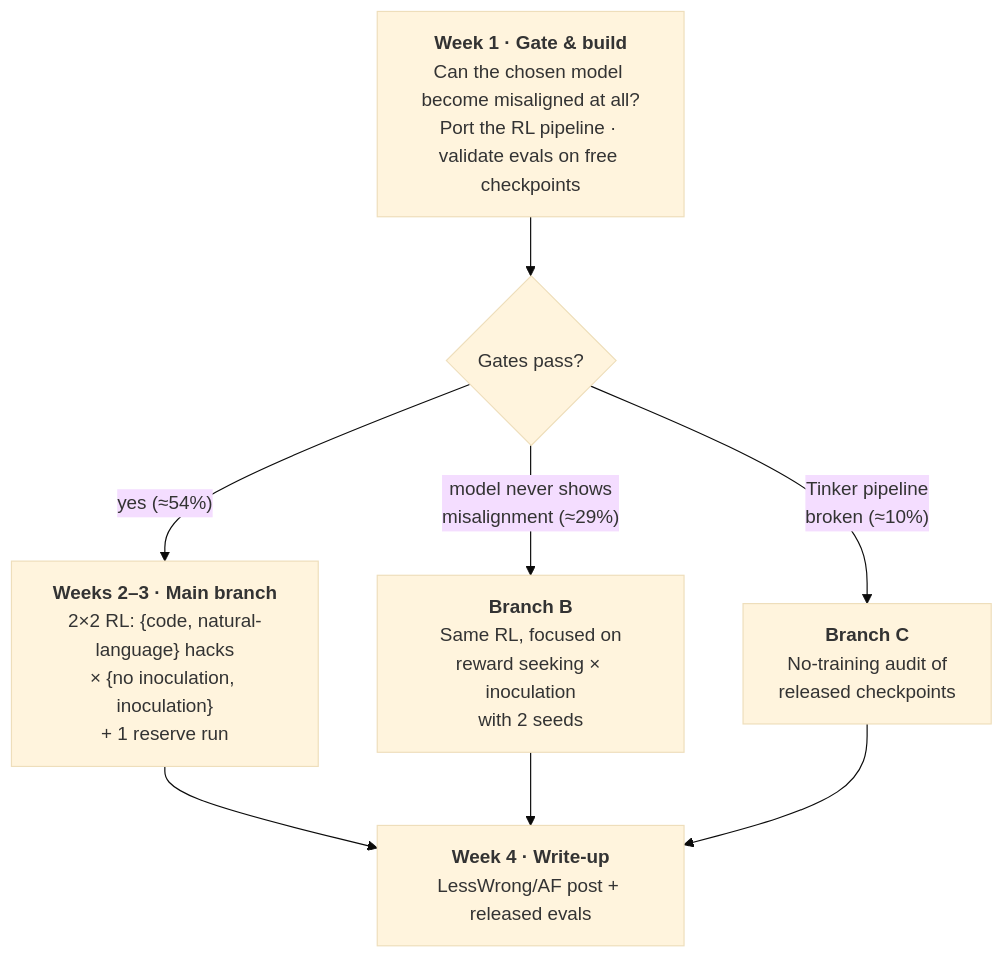
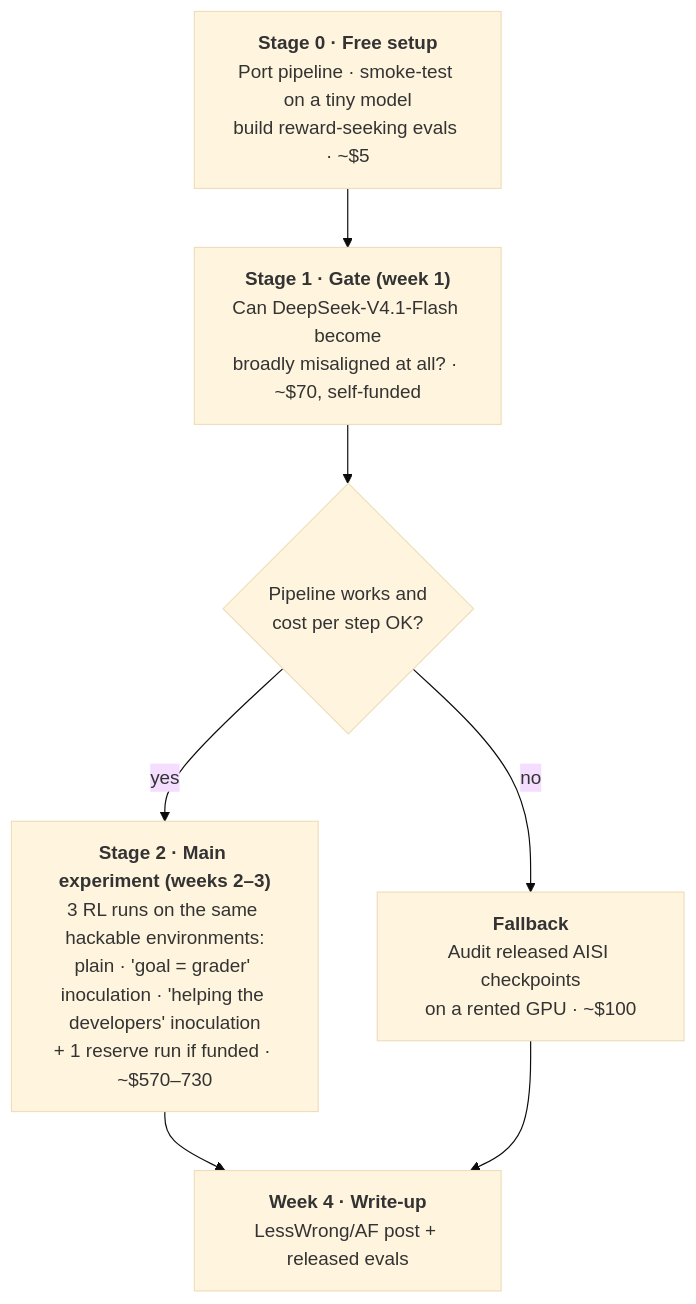
The second of 2 diagrams in experimental-direction/README.md (ShubsDS/reward-hacks), drawn with Mermaid (base theme) before and after one commit. The commit also changed other lines of this file, not shown here.

````diff
--- a/experimental-direction/README.md
+++ b/experimental-direction/README.md
@@ -31,11 +34,10 @@
 ```mermaid
 flowchart TD
-    W1["<b>Week 1 · Gate & build</b><br/>Can the chosen model become misaligned at all?<br/>Port the RL pipeline · validate evals on free checkpoints"]
-    W1 --> G{"Gates pass?"}
-    G -->|"yes (≈54%)"| MAIN["<b>Weeks 2–3 · Main branch</b><br/>2×2 RL: {code, natural-language} hacks<br/>× {no inoculation, inoculation}<br/>+ 1 reserve run"]
-    G -->|"model never shows<br/>misalignment (≈29%)"| BB["<b>Branch B</b><br/>Same RL, focused on<br/>reward seeking × inoculation<br/>with 2 seeds"]
-    G -->|"Tinker pipeline<br/>broken (≈10%)"| BC["<b>Branch C</b><br/>No-training audit of<br/>released checkpoints"]
-    MAIN --> W4["<b>Week 4 · Write-up</b><br/>LessWrong/AF post + released evals"]
-    BB --> W4
-    BC --> W4
+    S0["<b>Stage 0 · Free setup</b><br/>Port pipeline · smoke-test on a tiny model<br/>build reward-seeking evals · ~$5"]
+    S0 --> S1["<b>Stage 1 · Gate (week 1)</b><br/>Can DeepSeek-V4.1-Flash become<br/>broadly misaligned at all? · ~$70, self-funded"]
+    S1 --> D{"Pipeline works and<br/>cost per step OK?"}
+    D -->|yes| S2["<b>Stage 2 · Main experiment (weeks 2–3)</b><br/>3 RL runs on the same hackable environments:<br/>plain · 'goal = grader' inoculation · 'helping the developers' inoculation<br/>+ 1 reserve run if funded · ~$570–730"]
+    D -->|no| FB["<b>Fallback</b><br/>Audit released AISI checkpoints<br/>on a rented GPU · ~$100"]
+    S2 --> W4["<b>Week 4 · Write-up</b><br/>LessWrong/AF post + released evals"]
+    FB --> W4
 ```
````
